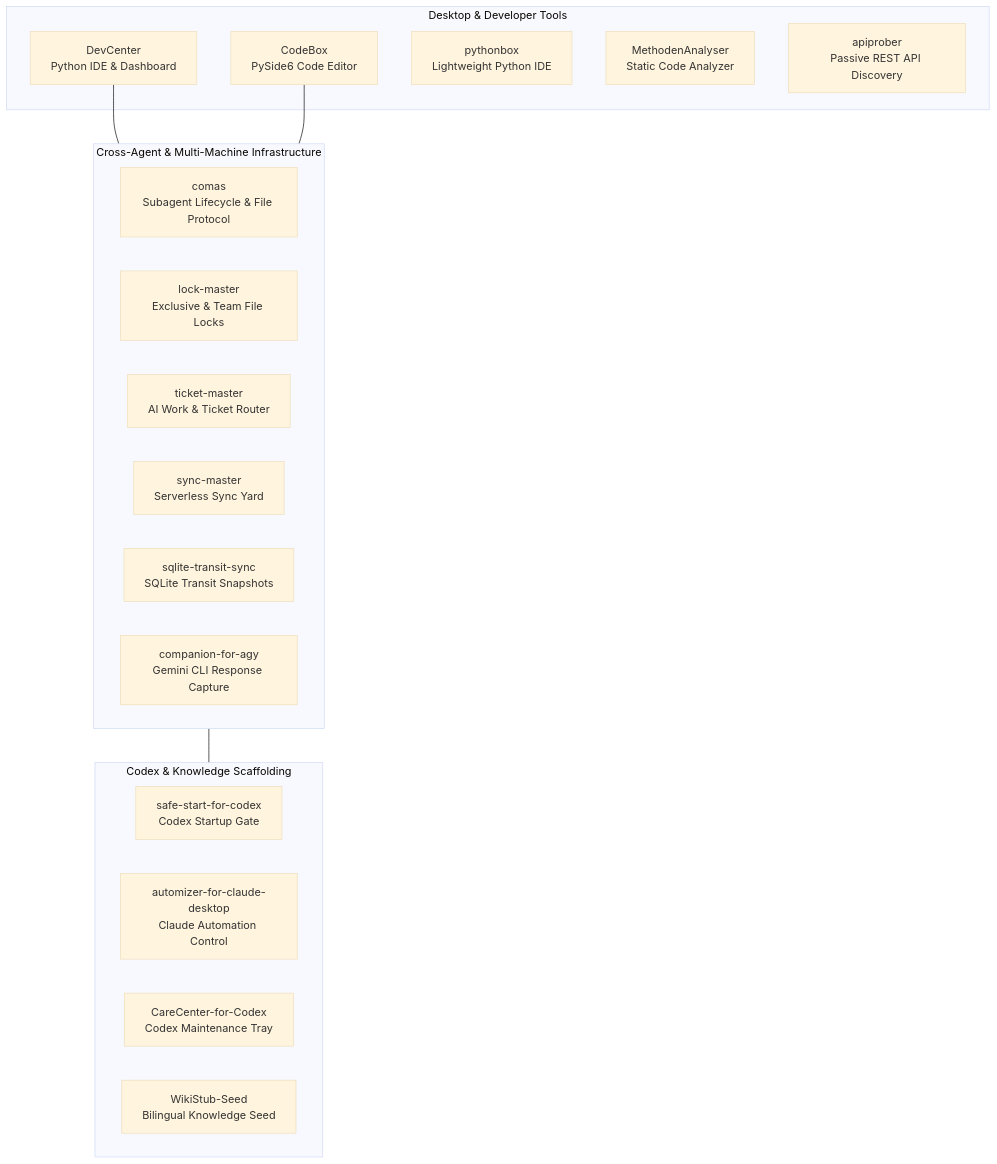
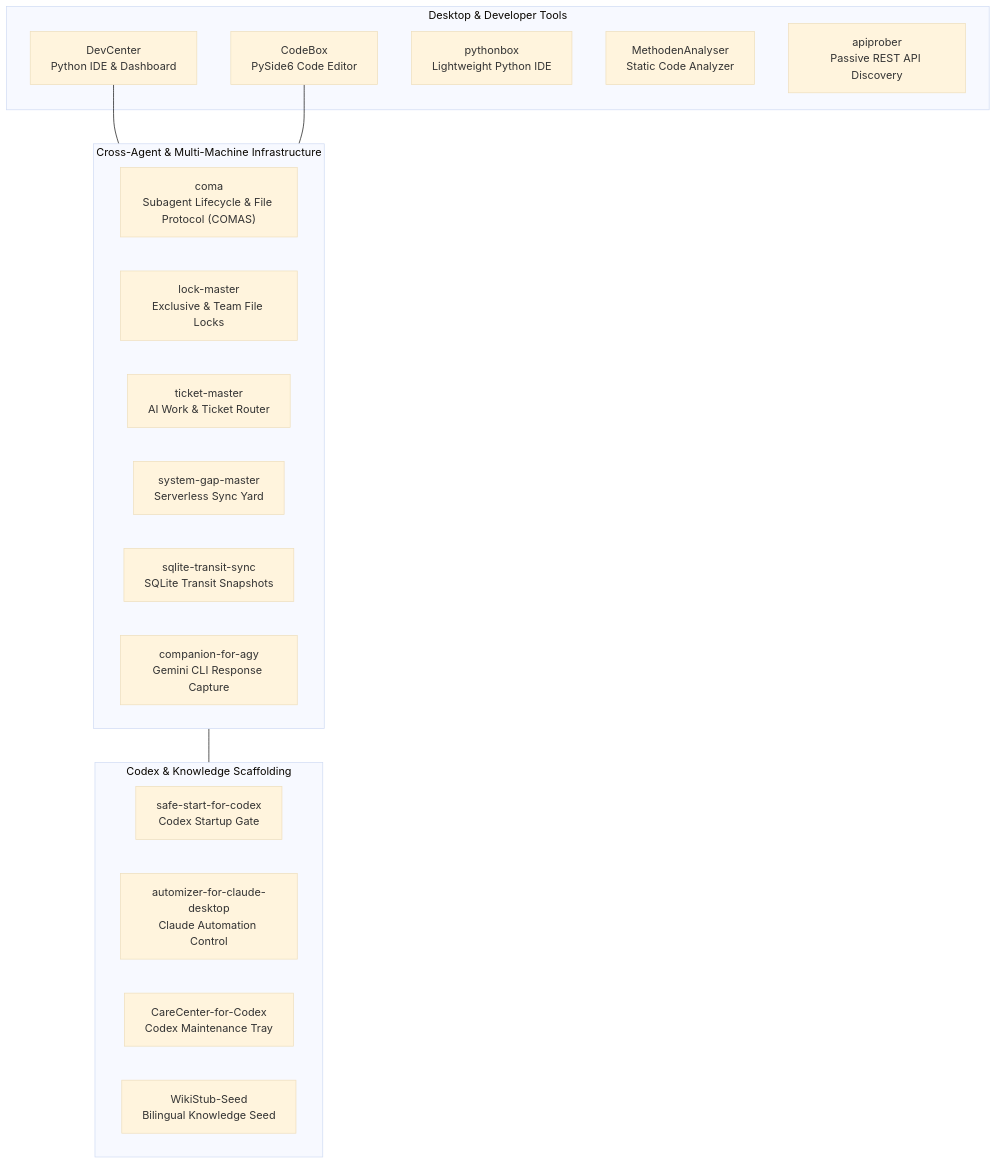
One commit to dev-bricks/.github changed the diagram in profile/README.md. Above: the diagram before and after it, drawn with Mermaid (base theme). The commit also changed other lines of this file and 4 other files, not shown here.

````diff
--- a/profile/README.md
+++ b/profile/README.md
@@ -77,30 +77,30 @@
 ```mermaid
 flowchart TD
   subgraph IDE["Desktop & Developer Tools"]
     DC["DevCenter<br/>Python IDE & Dashboard"]
     CB["CodeBox<br/>PySide6 Code Editor"]
     PB["pythonbox<br/>Lightweight Python IDE"]
     MA["MethodenAnalyser<br/>Static Code Analyzer"]
     AP["apiprober<br/>Passive REST API Discovery"]
   end
 
   subgraph INFRA["Cross-Agent & Multi-Machine Infrastructure"]
-    COM["comas<br/>Subagent Lifecycle & File Protocol"]
+    COM["coma<br/>Subagent Lifecycle & File Protocol (COMAS)"]
     LM["lock-master<br/>Exclusive & Team File Locks"]
     TM["ticket-master<br/>AI Work & Ticket Router"]
-    SM["sync-master<br/>Serverless Sync Yard"]
+    SGM["system-gap-master<br/>Serverless Sync Yard"]
     STS["sqlite-transit-sync<br/>SQLite Transit Snapshots"]
     AGY["companion-for-agy<br/>Gemini CLI Response Capture"]
   end
 
   subgraph AGENT["Codex & Knowledge Scaffolding"]
     SSC["safe-start-for-codex<br/>Codex Startup Gate"]
     ACD["automizer-for-claude-desktop<br/>Claude Automation Control"]
     CCC["CareCenter-for-Codex<br/>Codex Maintenance Tray"]
     WSS["WikiStub-Seed<br/>Bilingual Knowledge Seed"]
   end
 
   DC --- INFRA
   CB --- INFRA
   INFRA --- AGENT
 ```
````
